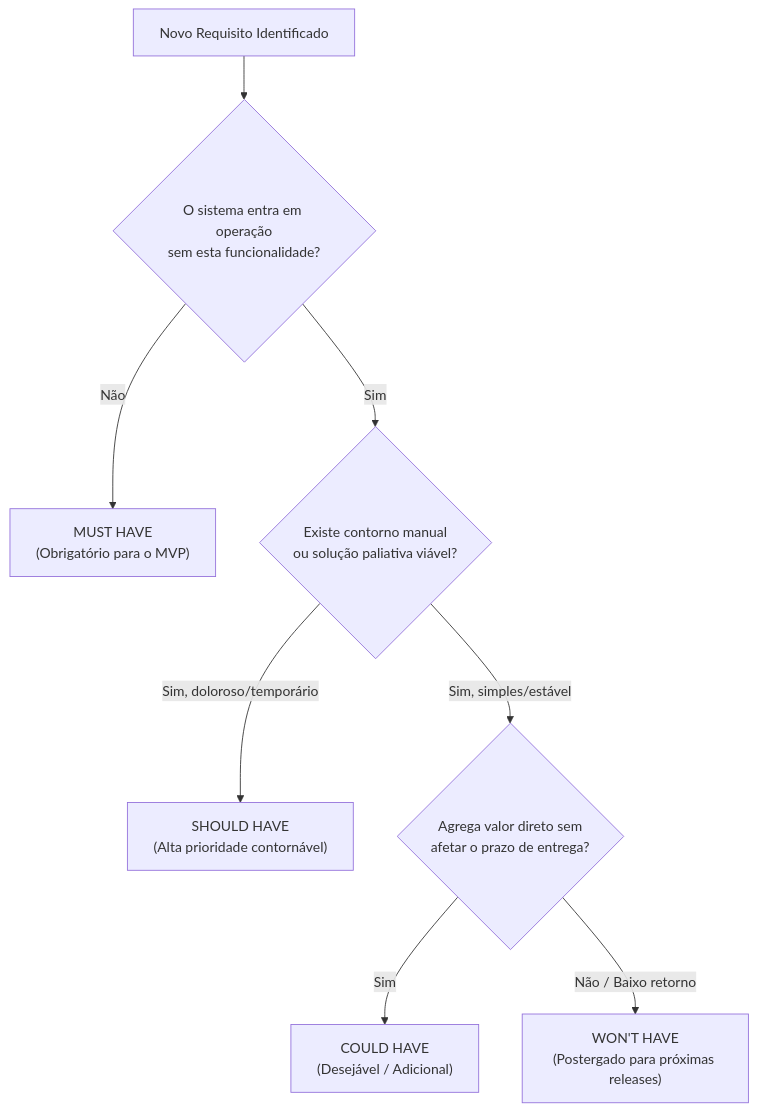
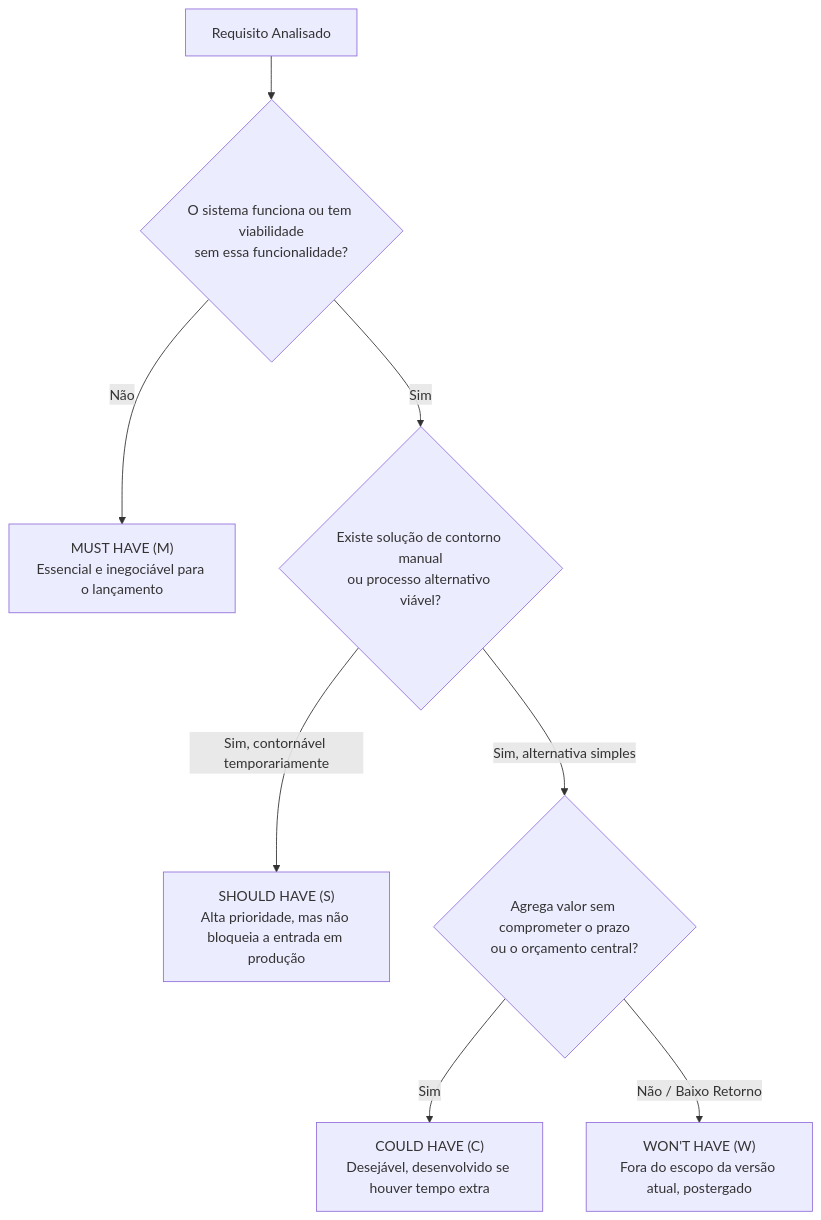
Before and after one commit to murilolol/unifef: the eighth of 30 diagrams in 4º Semestre/[Prof. Wesley Soares] Engenharia de Software II/Resumos-IA/Caderno-Consolidado.md, drawn with Mermaid. The commit also changed other lines of this file and 58 other files, not shown here.

````diff
--- a/4º Semestre/[Prof. Wesley Soares] Engenharia de Software II/Resumos-IA/Caderno-Consolidado.md
+++ b/4º Semestre/[Prof. Wesley Soares] Engenharia de Software II/Resumos-IA/Caderno-Consolidado.md
@@ -519,10 +357,10 @@
 ```mermaid
 flowchart TD
-  R["Novo Requisito Identificado"] --> V{"O sistema entra em operação<br>sem esta funcionalidade?"}
-  V -- Não --> M["MUST HAVE<br>(Obrigatório para o MVP)"]
-  V -- Sim --> Wk{"Existe contorno manual<br>ou solução paliativa viável?"}
-  Wk -- Sim, doloroso/temporário --> S["SHOULD HAVE<br>(Alta prioridade contornável)"]
-  Wk -- Sim, simples/estável --> Des{"Agrega valor direto sem<br>afetar o prazo de entrega?"}
-  Des -- Sim --> C["COULD HAVE<br>(Desejável / Adicional)"]
-  Des -- Não / Baixo retorno --> W["WON'T HAVE<br>(Postergado para próximas releases)"]
+  R["Requisito Analisado"] --> Q1{"O sistema funciona ou tem viabilidade<br/>sem essa funcionalidade?"}
+  Q1 -- "Não" --> M["MUST HAVE (M)<br/>Essencial e inegociável para o lançamento"]
+  Q1 -- "Sim" --> Q2{"Existe solução de contorno manual<br/>ou processo alternativo viável?"}
+  Q2 -- "Sim, contornável temporariamente" --> S["SHOULD HAVE (S)<br/>Alta prioridade, mas não bloqueia a entrada em produção"]
+  Q2 -- "Sim, alternativa simples" --> Q3{"Agrega valor sem comprometer o prazo<br/>ou o orçamento central?"}
+  Q3 -- "Sim" --> C["COULD HAVE (C)<br/>Desejável, desenvolvido se houver tempo extra"]
+  Q3 -- "Não / Baixo Retorno" --> W["WON'T HAVE (W)<br/>Fora do escopo da versão atual, postergado"]
 ```
````
